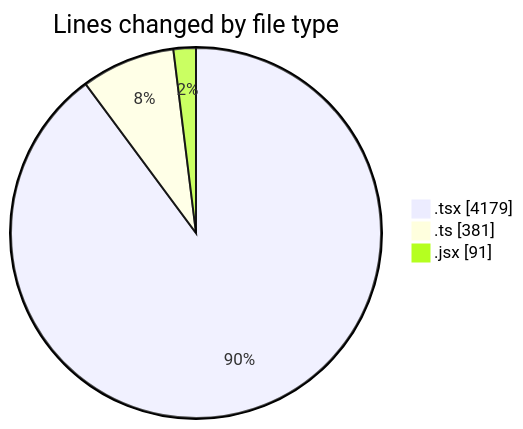
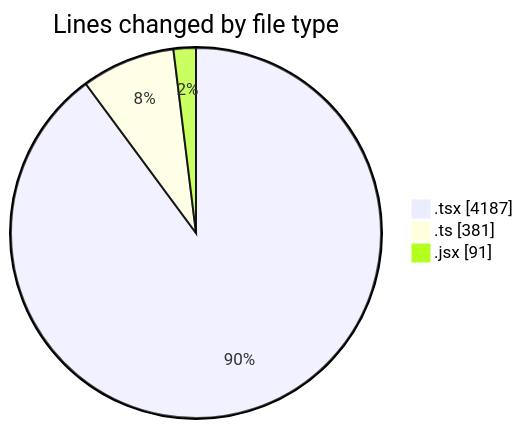
Before and after one commit to momahboobian/code-tracking: the first of 2 diagrams in 2026-04-27/cda/README.md, drawn with Mermaid. The commit also changed other lines of this file and 1 other file, not shown here.

````diff
--- a/2026-04-27/cda/README.md
+++ b/2026-04-27/cda/README.md
@@ -38,7 +38,7 @@
 ```mermaid
 pie showData
 title Lines changed by file type
-".tsx" : 4179
+".tsx" : 4187
 ".ts" : 381
 ".jsx" : 91
 ```
````
